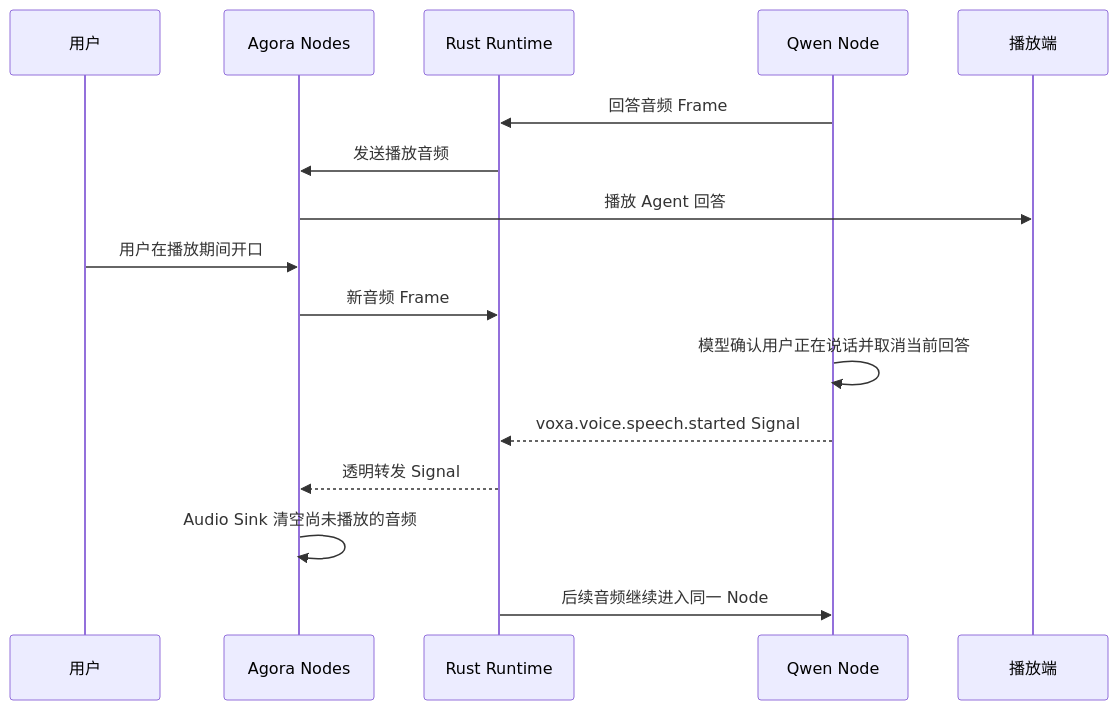
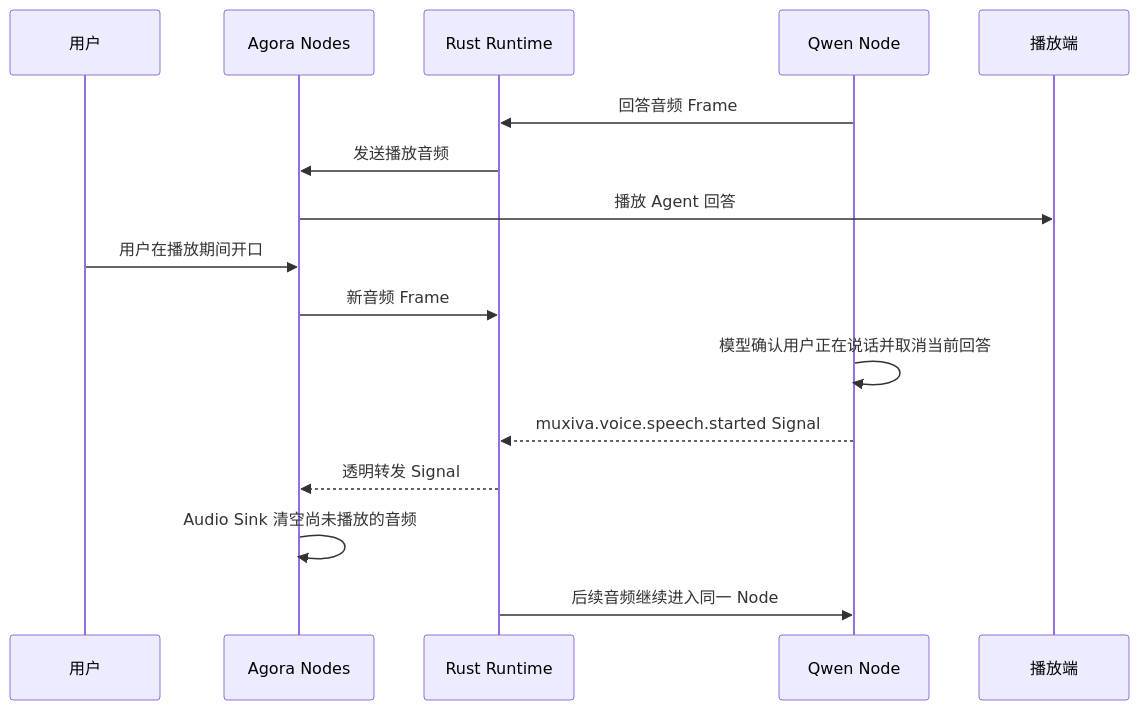
Before and after one commit to PiyotaHu/Voxa: the third of 3 diagrams in docs/site/zh/voice-architecture.md, drawn with Mermaid. The commit also changed other lines of this file and 509 other files, not shown here.

````diff
--- a/docs/site/zh/voice-architecture.md
+++ b/docs/site/zh/voice-architecture.md
@@ -58,19 +58,19 @@
 ```mermaid
 sequenceDiagram
     participant U as 用户
     participant T as Agora Nodes
     participant R as Rust Runtime
     participant M as Qwen Node
     participant P as 播放端
 
     M->>R: 回答音频 Frame
     R->>T: 发送播放音频
     T->>P: 播放 Agent 回答
     U->>T: 用户在播放期间开口
     T->>R: 新音频 Frame
     M->>M: 模型确认用户正在说话并取消当前回答
-    M-->>R: voxa.voice.speech.started Signal
+    M-->>R: muxiva.voice.speech.started Signal
     R-->>T: 透明转发 Signal
     T->>T: Audio Sink 清空尚未播放的音频
     R->>M: 后续音频继续进入同一 Node
 ```
````
